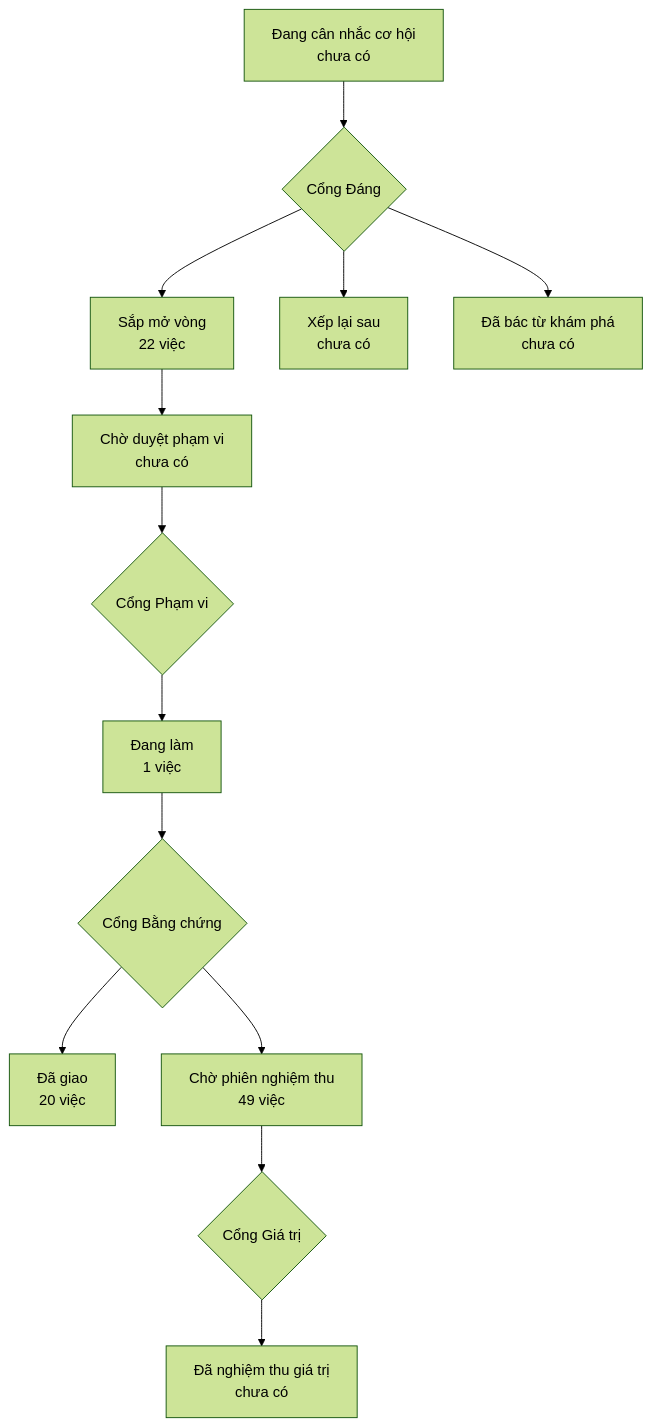
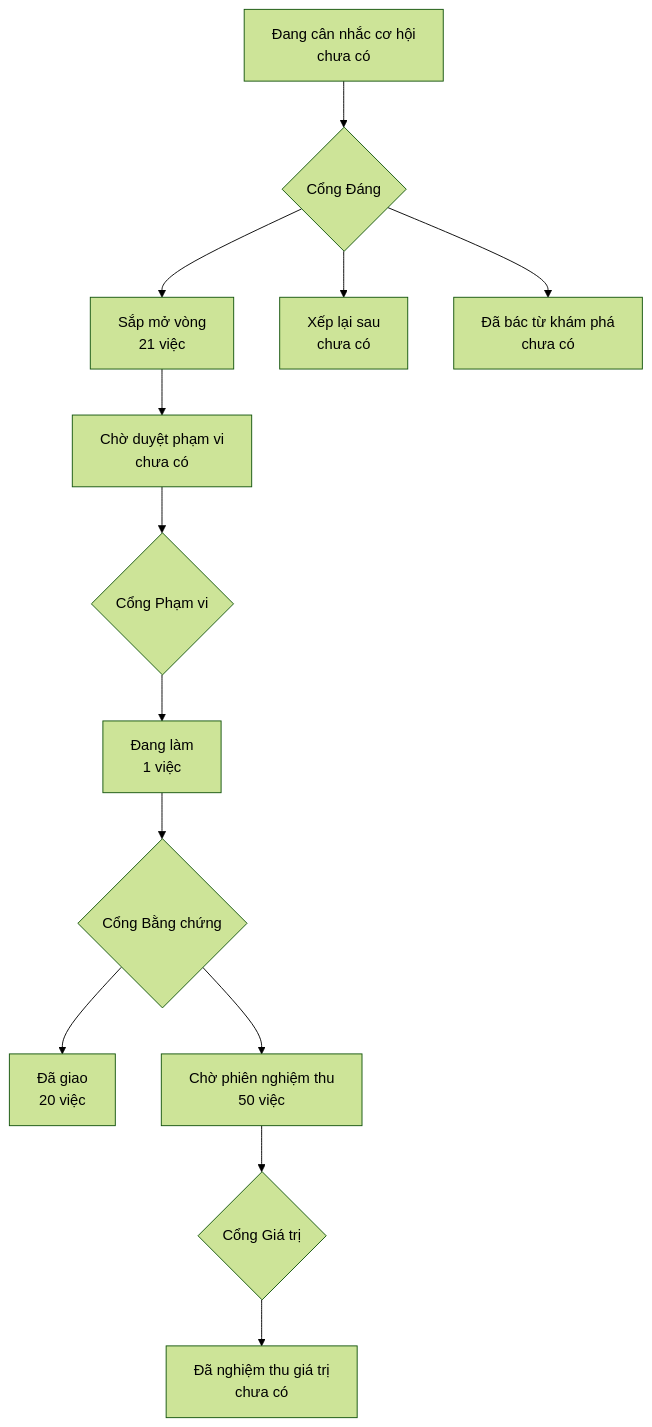
One commit to phanlemanh/onehub-quy-hang changed the diagram in PRODUCT-MAP.md. Above: the diagram before and after it, drawn with Mermaid (forest theme). The commit also changed 1 other file, not shown here.

Commit message:
chore: vẽ lại bản đồ sau khi gộp main

````diff
--- a/PRODUCT-MAP.md
+++ b/PRODUCT-MAP.md
@@ -7,12 +7,12 @@
 ```mermaid
 flowchart TD
   A["Đang cân nhắc cơ hội<br/>chưa có"] --> GD{"Cổng Đáng"}
-  GD --> B["Sắp mở vòng<br/>22 việc"]
+  GD --> B["Sắp mở vòng<br/>21 việc"]
   GD --> XL["Xếp lại sau<br/>chưa có"]
   GD --> DB["Đã bác từ khám phá<br/>chưa có"]
   B --> CD["Chờ duyệt phạm vi<br/>chưa có"] --> GP{"Cổng Phạm vi"}
   GP --> DL["Đang làm<br/>1 việc"] --> GB{"Cổng Bằng chứng"}
   GB --> DG["Đã giao<br/>20 việc"]
-  GB --> CN["Chờ phiên nghiệm thu<br/>49 việc"] --> GG{"Cổng Giá trị"}
+  GB --> CN["Chờ phiên nghiệm thu<br/>50 việc"] --> GG{"Cổng Giá trị"}
   GG --> NT["Đã nghiệm thu giá trị<br/>chưa có"]
 ```
````
